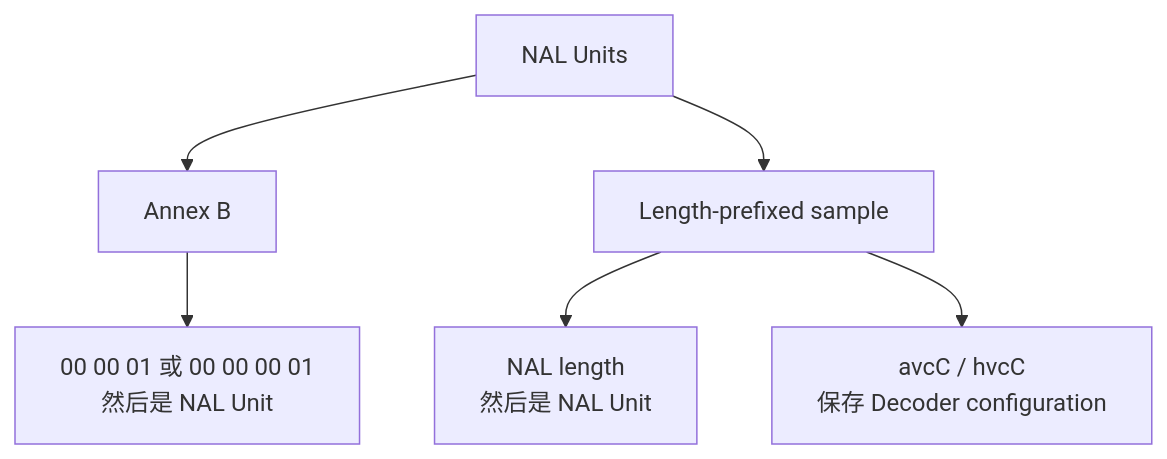
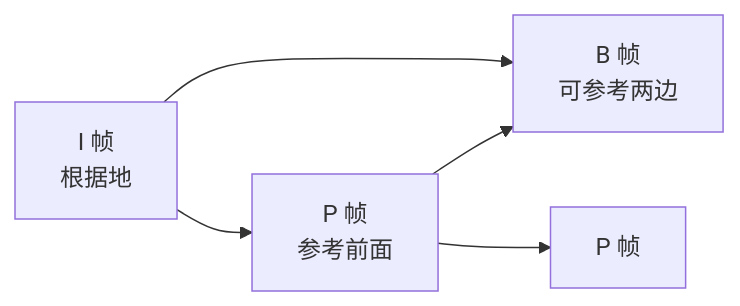
Before and after one commit to flycodeu/FlyCodeCenter: the second of 4 diagrams in src/content/tutorial/ffmpeg/08-H264-H265-Bitstream.md, drawn with Mermaid. The commit also changed other lines of this file and 10 other files, not shown here.

````diff
--- a/src/content/tutorial/ffmpeg/08-H264-H265-Bitstream.md
+++ b/src/content/tutorial/ffmpeg/08-H264-H265-Bitstream.md
@@ -310,9 +154,11 @@
 ```mermaid
-flowchart TD
-  N[NAL Units]
-  N --> AB[Annex B]
-  N --> LP[Length-prefixed sample]
-  AB --> SC[00 00 01 或 00 00 00 01<br/>然后是 NAL Unit]
-  LP --> LEN[NAL length<br/>然后是 NAL Unit]
-  LP --> CFG[avcC / hvcC<br/>保存 Decoder configuration]
+flowchart LR
+  I0[I 帧<br/>根据地]
+  P1[P 帧<br/>参考前面]
+  B1[B 帧<br/>可参考两边]
+  P2[P 帧]
+  I0 --> P1
+  I0 --> B1
+  P1 --> B1
+  P1 --> P2
 ```
````
